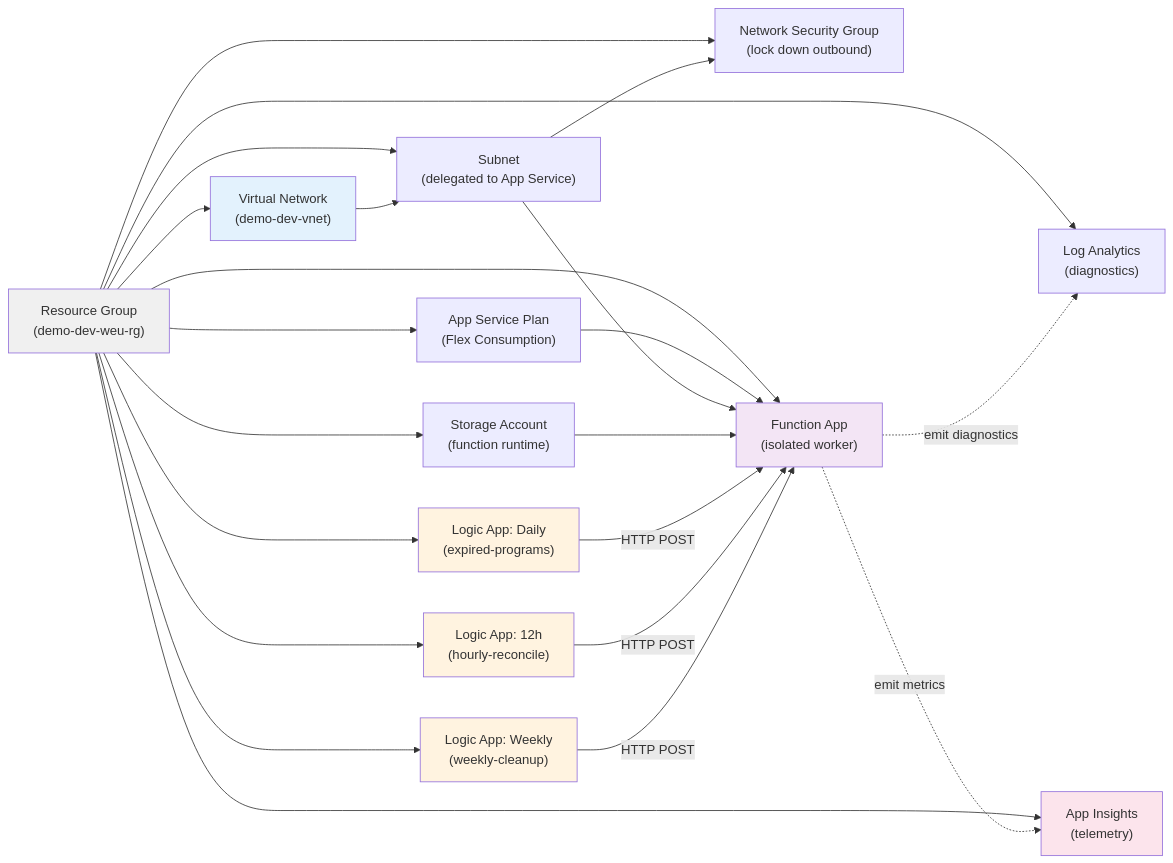
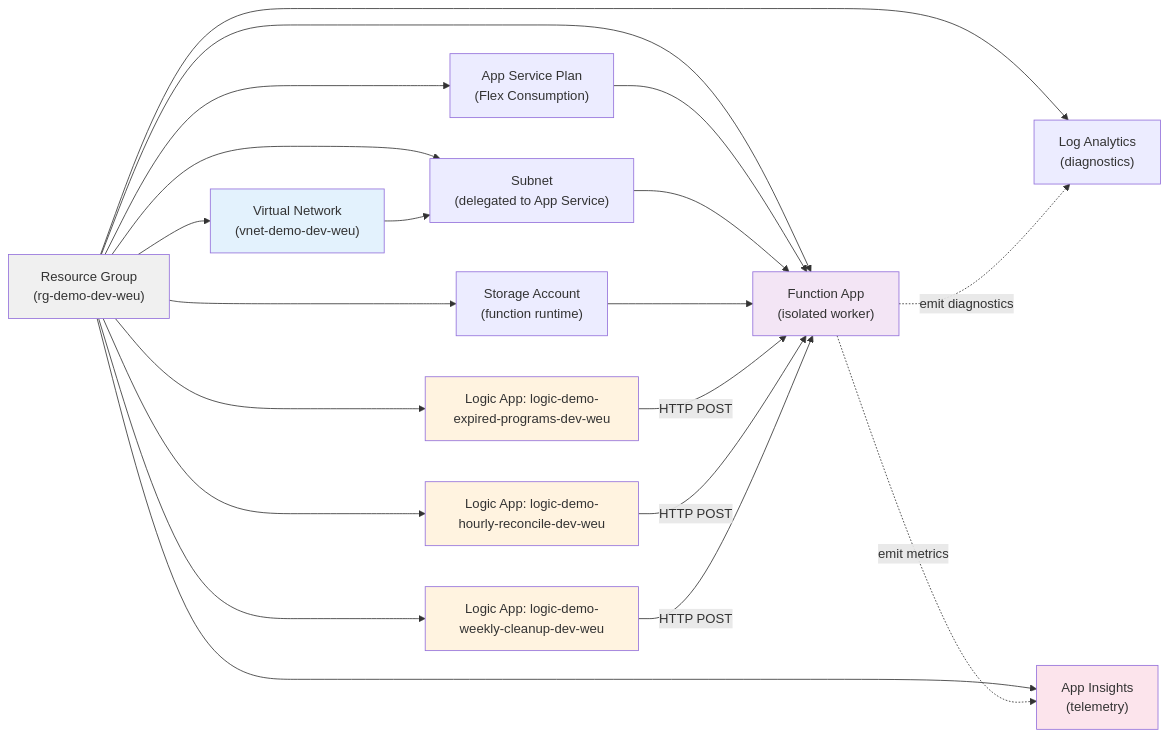
The second of 11 diagrams in docs/ONBOARDING-NEW-CONTRIBUTOR.md (ran130987wan/logicapp-func-private-net), drawn with Mermaid before and after one commit. The commit also changed other lines of this file and 6 other files, not shown here.

````diff
--- a/docs/ONBOARDING-NEW-CONTRIBUTOR.md
+++ b/docs/ONBOARDING-NEW-CONTRIBUTOR.md
@@ -100,40 +100,38 @@
 ```mermaid
 graph LR
-    RG["Resource Group<br/>(demo-dev-weu-rg)"]
+    RG["Resource Group<br/>(rg-demo-dev-weu)"]
     
-    RG --> VNet["Virtual Network<br/>(demo-dev-vnet)"]
+    RG --> VNet["Virtual Network<br/>(vnet-demo-dev-weu)"]
     RG --> Subnet["Subnet<br/>(delegated to App Service)"]
-    RG --> NSG["Network Security Group<br/>(lock down outbound)"]
     
     RG --> Storage["Storage Account<br/>(function runtime)"]
     RG --> AppPlan["App Service Plan<br/>(Flex Consumption)"]
     RG --> Function["Function App<br/>(isolated worker)"]
     
     AppPlan --> Function
     VNet --> Subnet
-    Subnet --> NSG
     Subnet --> Function
     Storage --> Function
     
     RG --> LA["Log Analytics<br/>(diagnostics)"]
     RG --> AppInsights["App Insights<br/>(telemetry)"]
     
     Function -.->|emit diagnostics| LA
     Function -.->|emit metrics| AppInsights
     
-    RG --> LogicApp1["Logic App: Daily<br/>(expired-programs)"]
-    RG --> LogicApp2["Logic App: 12h<br/>(hourly-reconcile)"]
-    RG --> LogicApp3["Logic App: Weekly<br/>(weekly-cleanup)"]
+    RG --> LogicApp1["Logic App: logic-demo-expired-programs-dev-weu"]
+    RG --> LogicApp2["Logic App: logic-demo-hourly-reconcile-dev-weu"]
+    RG --> LogicApp3["Logic App: logic-demo-weekly-cleanup-dev-weu"]
     
     LogicApp1 -->|HTTP POST| Function
     LogicApp2 -->|HTTP POST| Function
     LogicApp3 -->|HTTP POST| Function
     
     style RG fill:#f0f0f0
     style VNet fill:#e3f2fd
     style Function fill:#f3e5f5
     style AppInsights fill:#fce4ec
     style LogicApp1 fill:#fff3e0
     style LogicApp2 fill:#fff3e0
     style LogicApp3 fill:#fff3e0
 ```
````
